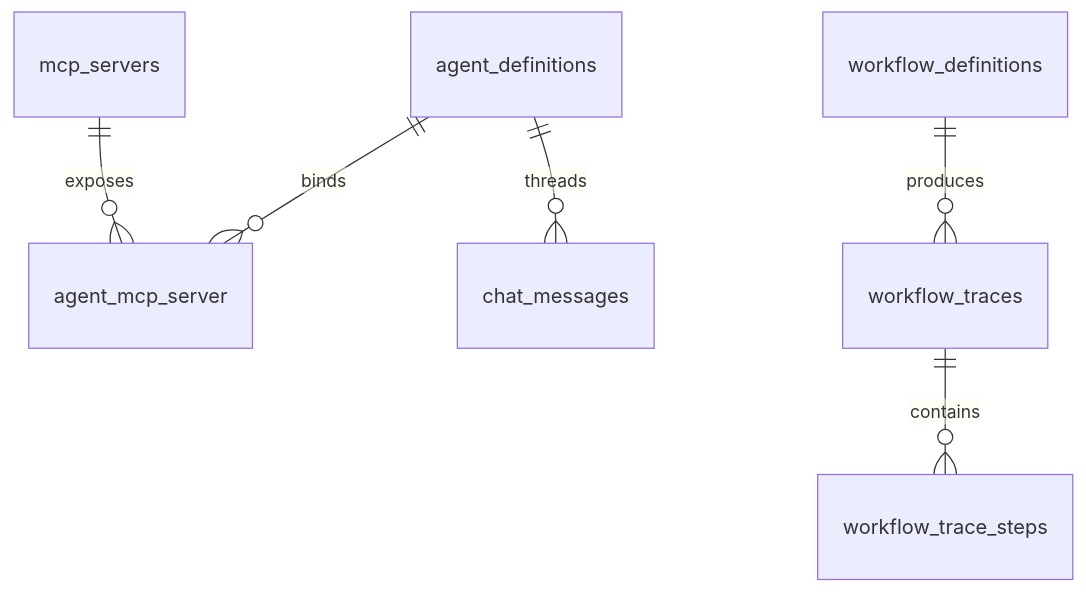
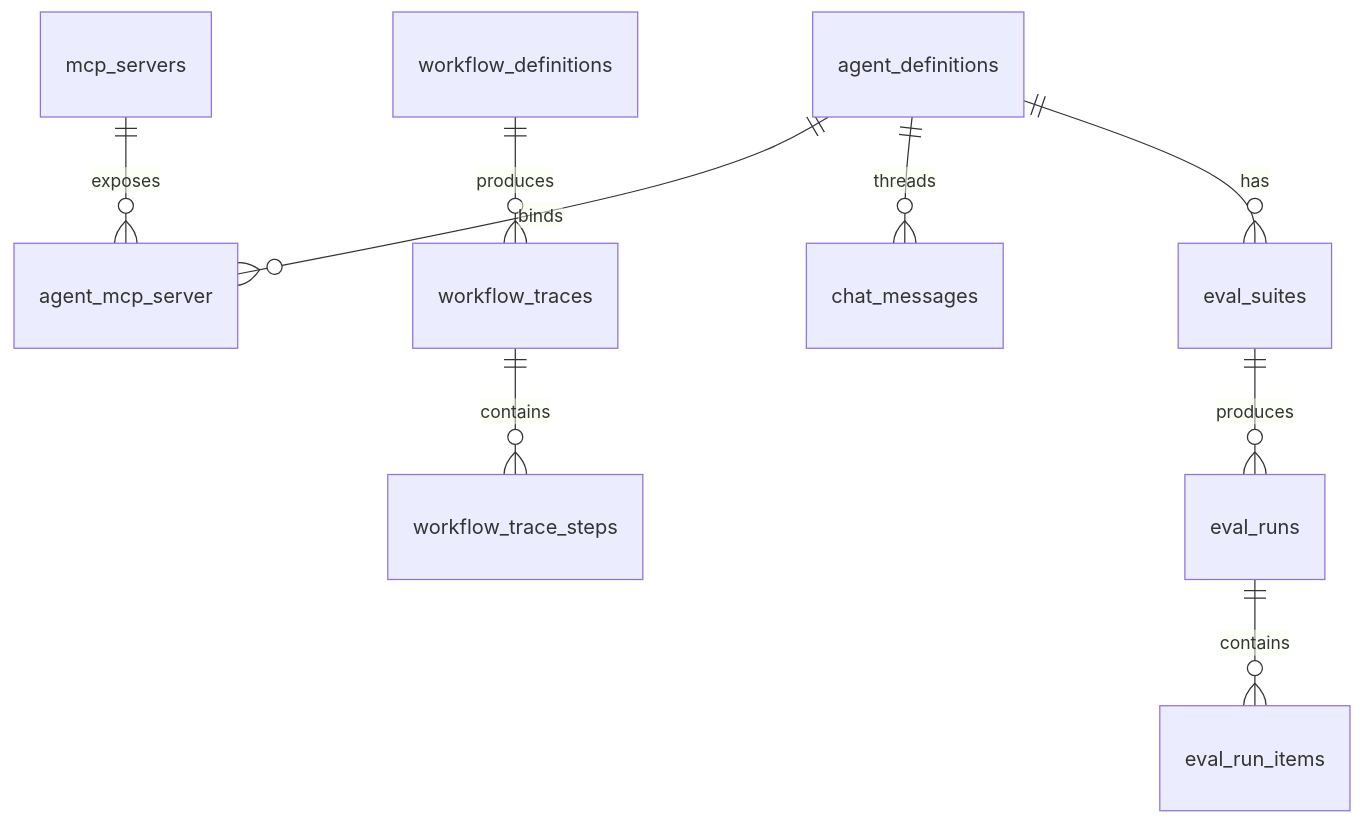
The diagram in docs/reference/database-schema.md (digitalelvis/neuronai-studio), drawn with Mermaid before and after one commit. The commit also changed other lines of this file and 5 other files, not shown here.

````diff
--- a/docs/reference/database-schema.md
+++ b/docs/reference/database-schema.md
@@ -27,8 +29,11 @@
 ```mermaid
 erDiagram
     agent_definitions ||--o{ agent_mcp_server : binds
     mcp_servers ||--o{ agent_mcp_server : exposes
     workflow_definitions ||--o{ workflow_traces : produces
     workflow_traces ||--o{ workflow_trace_steps : contains
     agent_definitions ||--o{ chat_messages : threads
+    agent_definitions ||--o{ eval_suites : has
+    eval_suites ||--o{ eval_runs : produces
+    eval_runs ||--o{ eval_run_items : contains
 ```
````
